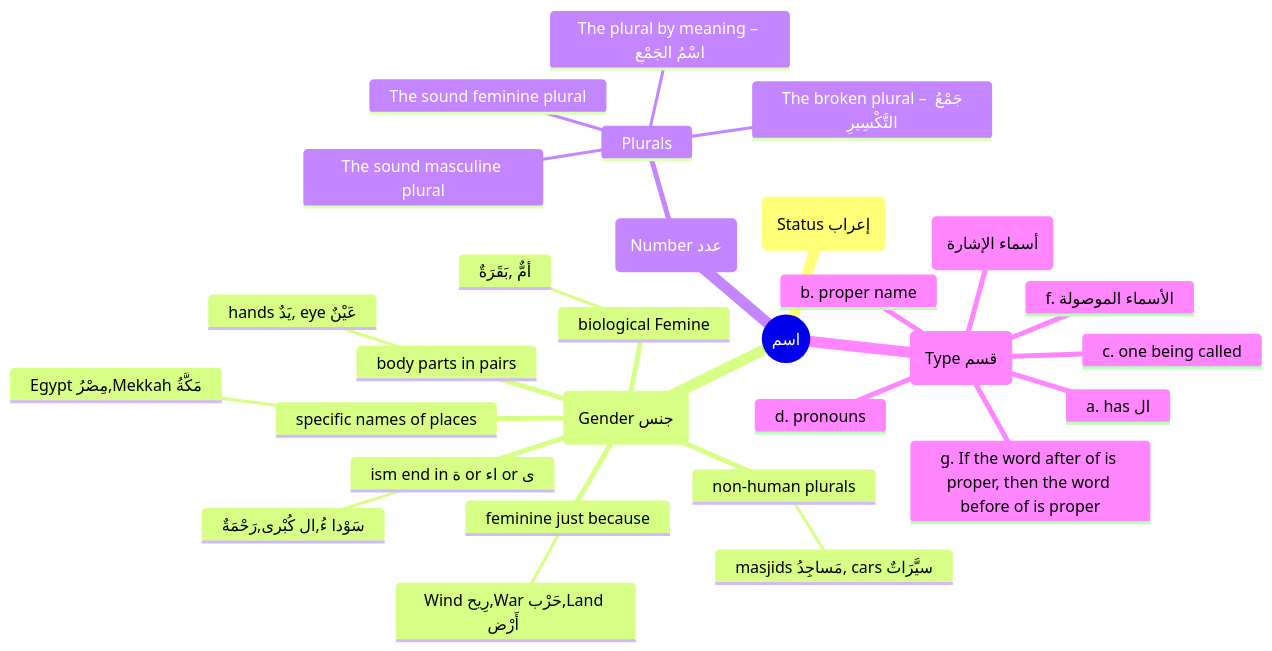
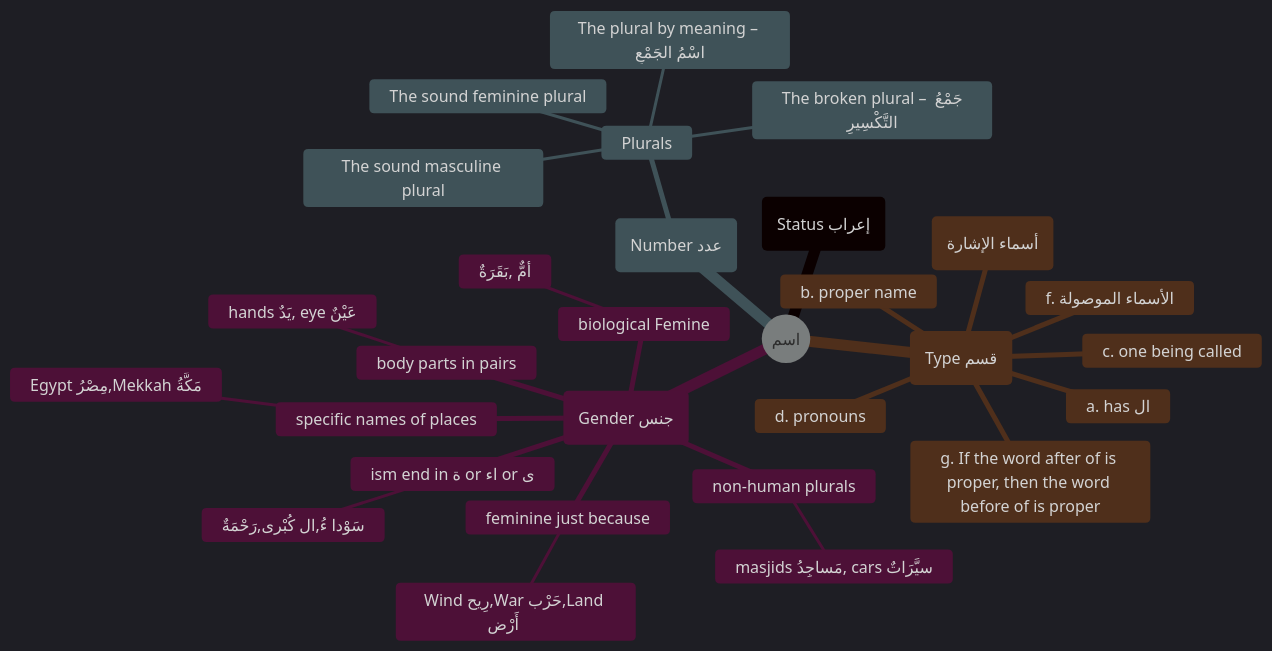
One commit to phillogic/learning-arabic changed the diagram in README.md. Above: the diagram before and after it, drawn with Mermaid.

Commit message:
added theme

````diff
--- a/README.md
+++ b/README.md
@@ -3,37 +3,38 @@
 ```mermaid
 ---
 config:
   layout: tidy-tree
+  theme: dark
 ---
 mindmap
   root((اسم))
     id(Status إعراب)
     id(Gender جنس)
       biological Femine
        أمٌّ ,بَقَرَةٌ
       ism end in ة or اء or ى
        سَوْدا ءُ,ال كُبْرى,رَحْمَةٌ
       body parts in pairs
         hands يَدٌ, eye عَيْنٌ
       specific names of places
          Egypt مِصْرُ,Mekkah  مَكَّةُ
       non-human plurals
         masjids مَساجِدُ, cars سيَّرَاتٌ
       feminine just because
         Wind رِيح,War حَرْب,Land أَرْض      
     (Number عدد)
         Plurals
           The sound masculine plural
           The sound feminine plural
           The broken plural – جَمْعُ التَّكْسِيرِ
           The plural by meaning – اسْمُ الجَمْعِ
     (Type قسم)
       a. has ال
       b. proper name
       c. one being called
       d. pronouns
       e. pointing words  (أسماء الإشارة)
       f. الأسماء الموصولة
       g. If the word after of is proper, then the word before of is proper
     
 ```
````
